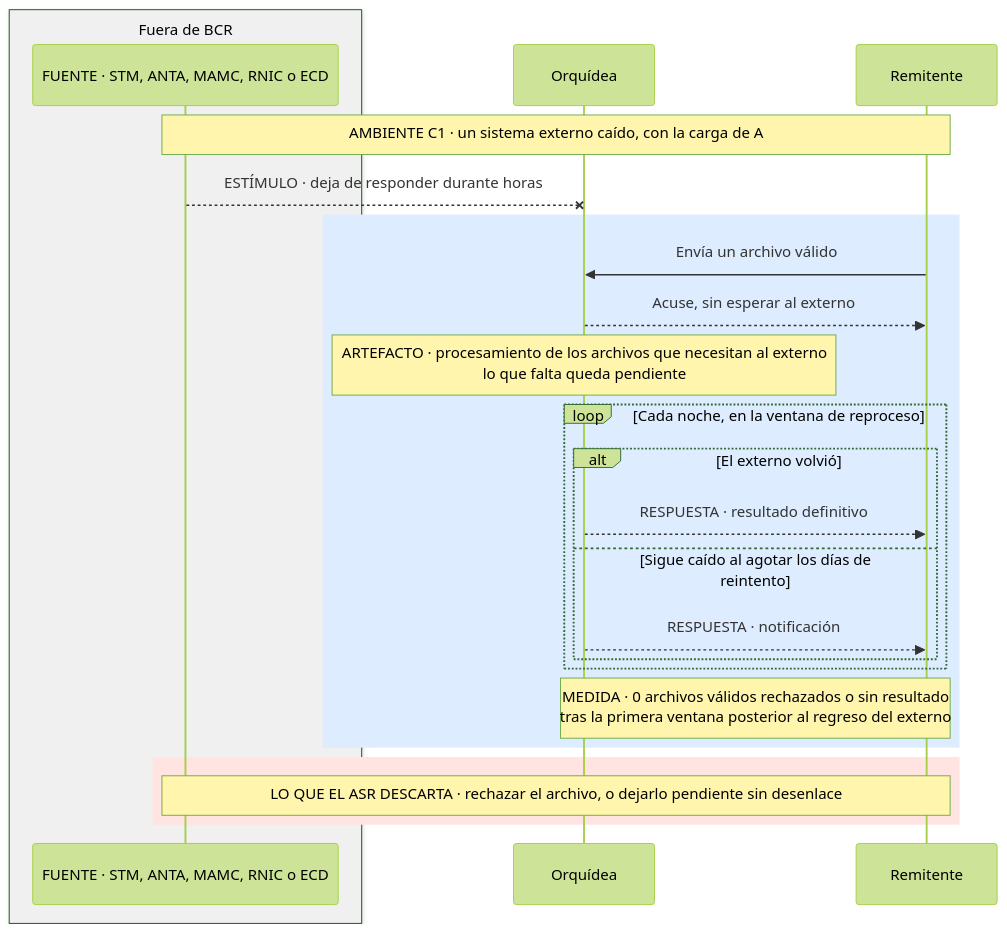
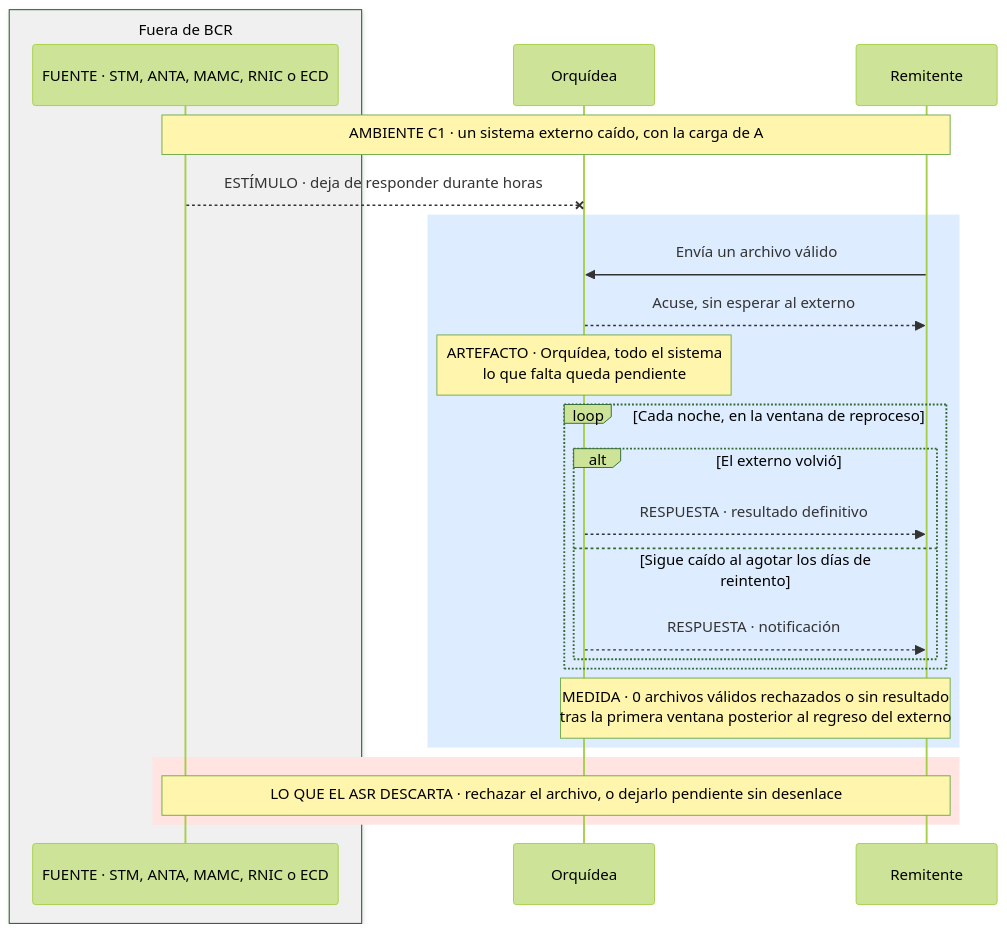
The first of 17 diagrams in docs/quality-attributes.md (MATI-MBIT/arqsoft-reto-4), drawn with Mermaid (forest theme) before and after one commit. The commit also changed other lines of this file and 3 other files, not shown here.

First line of the commit message:
Artefactos de los 17 ASR como partes de Orquídea, no como procesos

````diff
--- a/docs/quality-attributes.md
+++ b/docs/quality-attributes.md
@@ -174,26 +174,26 @@
 ```mermaid
 sequenceDiagram
     box rgb(240,240,240) Fuera de BCR
     participant X as FUENTE · STM, ANTA, MAMC, RNIC o ECD
     end
     participant O as Orquídea
     participant R as Remitente
     Note over X,R: AMBIENTE C1 · un sistema externo caído, con la carga de A
     X--xO: ESTÍMULO · deja de responder durante horas
     rect rgb(222, 236, 255)
     R->>O: Envía un archivo válido
     O-->>R: Acuse, sin esperar al externo
-    Note over O: ARTEFACTO · procesamiento de los archivos que necesitan al externo<br/>lo que falta queda pendiente
+    Note over O: ARTEFACTO · Orquídea, todo el sistema<br/>lo que falta queda pendiente
     loop Cada noche, en la ventana de reproceso
         alt El externo volvió
             O-->>R: RESPUESTA · resultado definitivo
         else Sigue caído al agotar los días de reintento
             O-->>R: RESPUESTA · notificación
         end
     end
     Note over O,R: MEDIDA · 0 archivos válidos rechazados o sin resultado<br/>tras la primera ventana posterior al regreso del externo
     end
     rect rgb(255, 228, 225)
     Note over X,R: LO QUE EL ASR DESCARTA · rechazar el archivo, o dejarlo pendiente sin desenlace
     end
 ```
````
